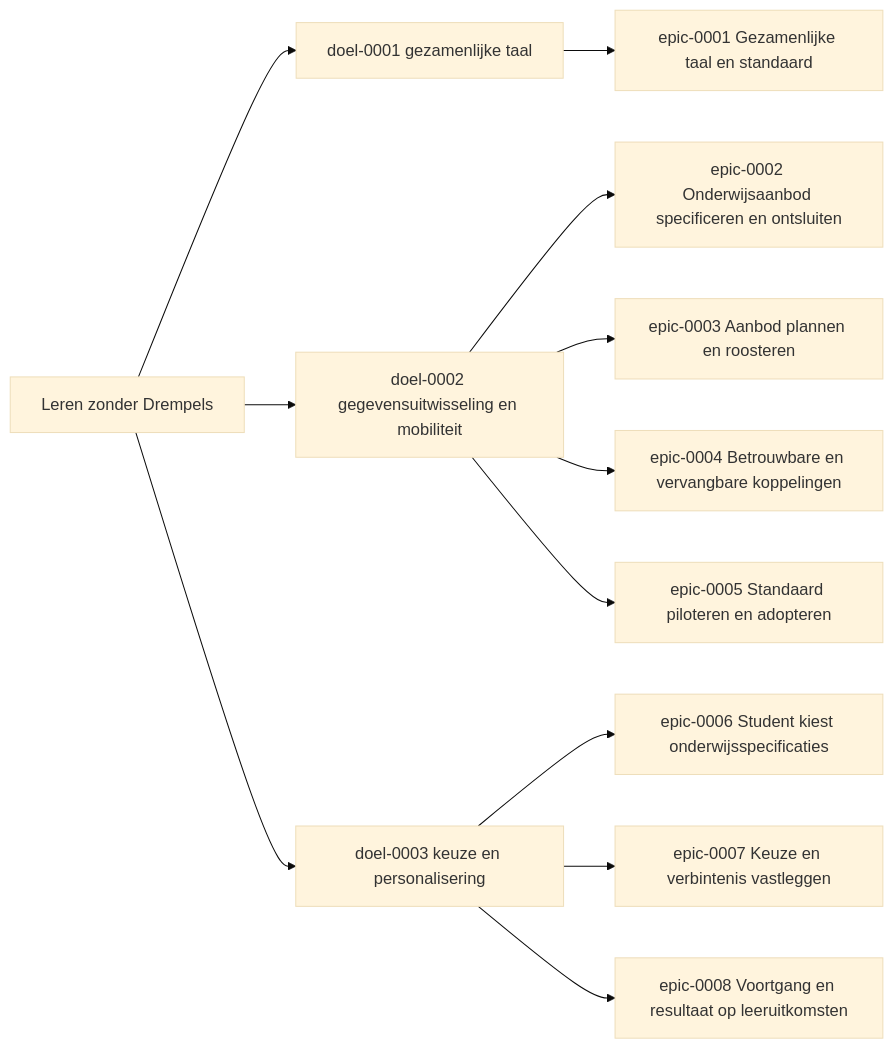
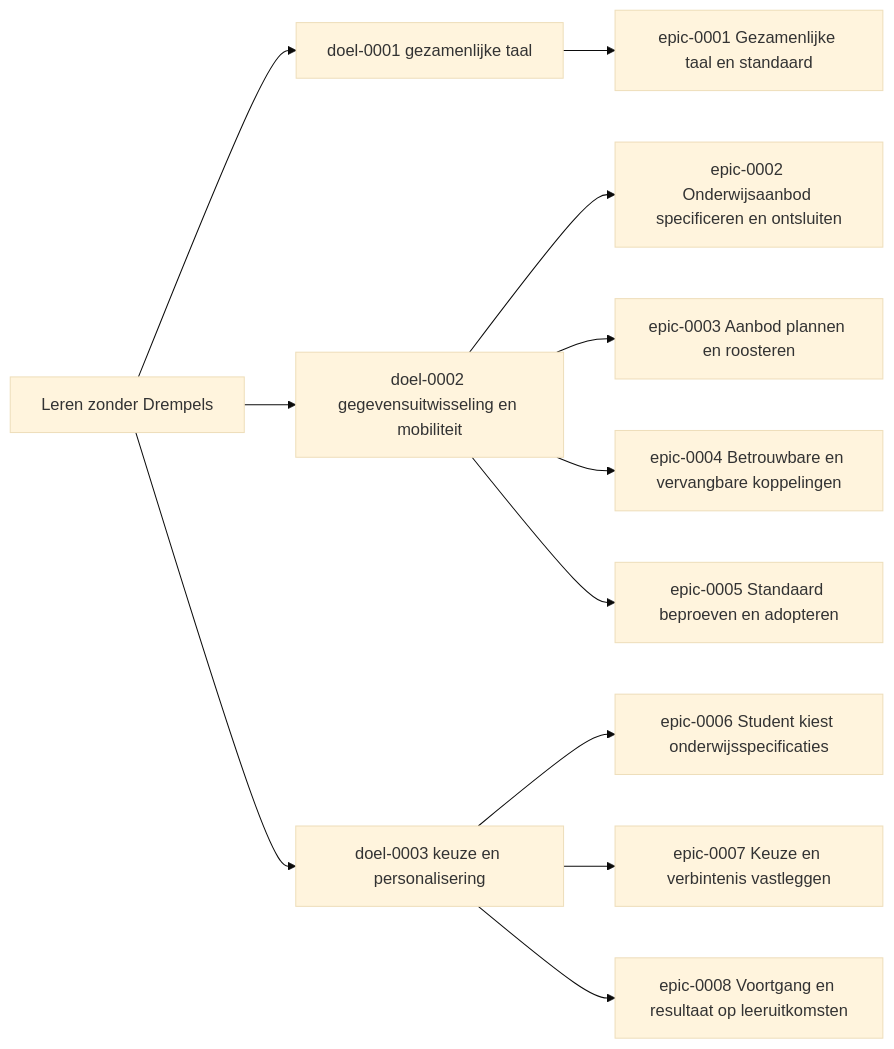
The diagram in architecture/docs/requirements/README.md (Npuls-OKx/meta), drawn with Mermaid (base theme) before and after one commit. The commit also changed other lines of this file and 6 other files, not shown here.

````diff
--- a/architecture/docs/requirements/README.md
+++ b/architecture/docs/requirements/README.md
@@ -9,12 +9,12 @@
 ```mermaid
 flowchart LR
   LZD["Leren zonder Drempels"] --> DL1["doel-0001 gezamenlijke taal"] & DL2["doel-0002 gegevensuitwisseling en mobiliteit"] & DL3["doel-0003 keuze en personalisering"]
   DL1 --> EP1["epic-0001 Gezamenlijke taal en standaard"]
   DL2 --> EP2["epic-0002 Onderwijsaanbod specificeren en ontsluiten"]
   DL2 --> EP3["epic-0003 Aanbod plannen en roosteren"]
   DL2 --> EP4["epic-0004 Betrouwbare en vervangbare koppelingen"]
-  DL2 --> EP5["epic-0005 Standaard piloteren en adopteren"]
+  DL2 --> EP5["epic-0005 Standaard beproeven en adopteren"]
   DL3 --> EP6["epic-0006 Student kiest onderwijsspecificaties"]
   DL3 --> EP7["epic-0007 Keuze en verbintenis vastleggen"]
   DL3 --> EP8["epic-0008 Voortgang en resultaat op leeruitkomsten"]
 ```
````
